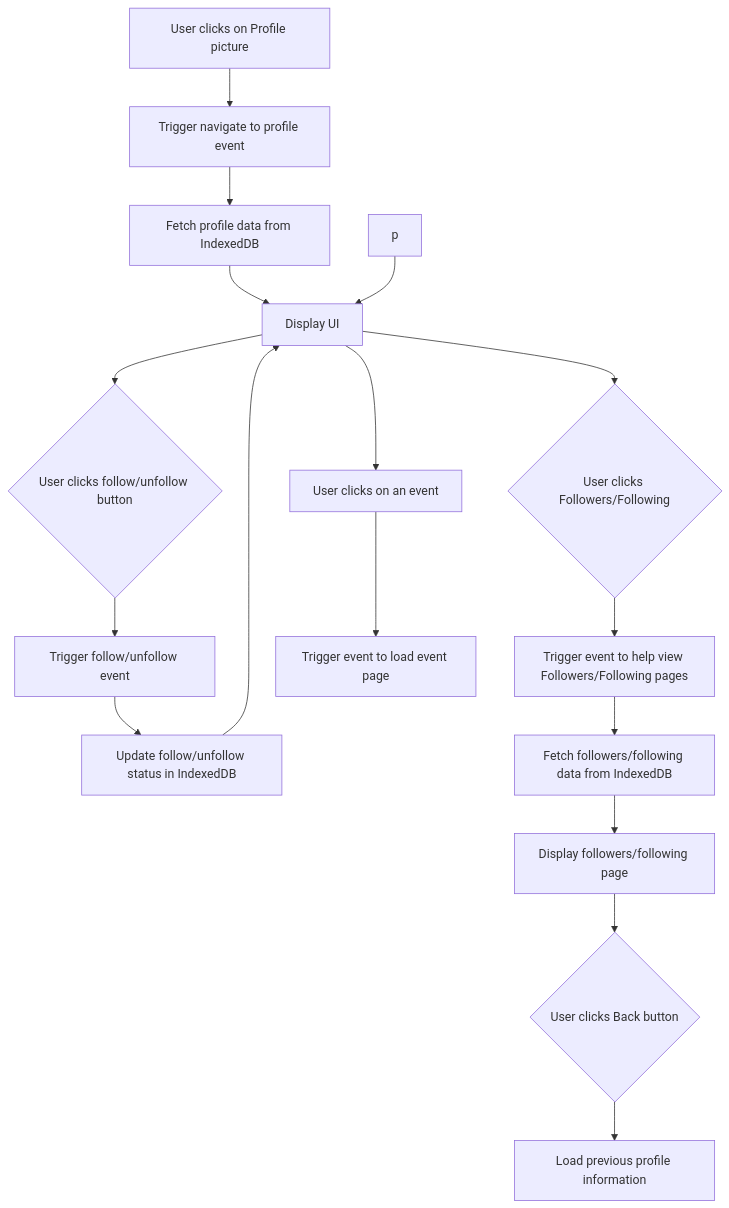
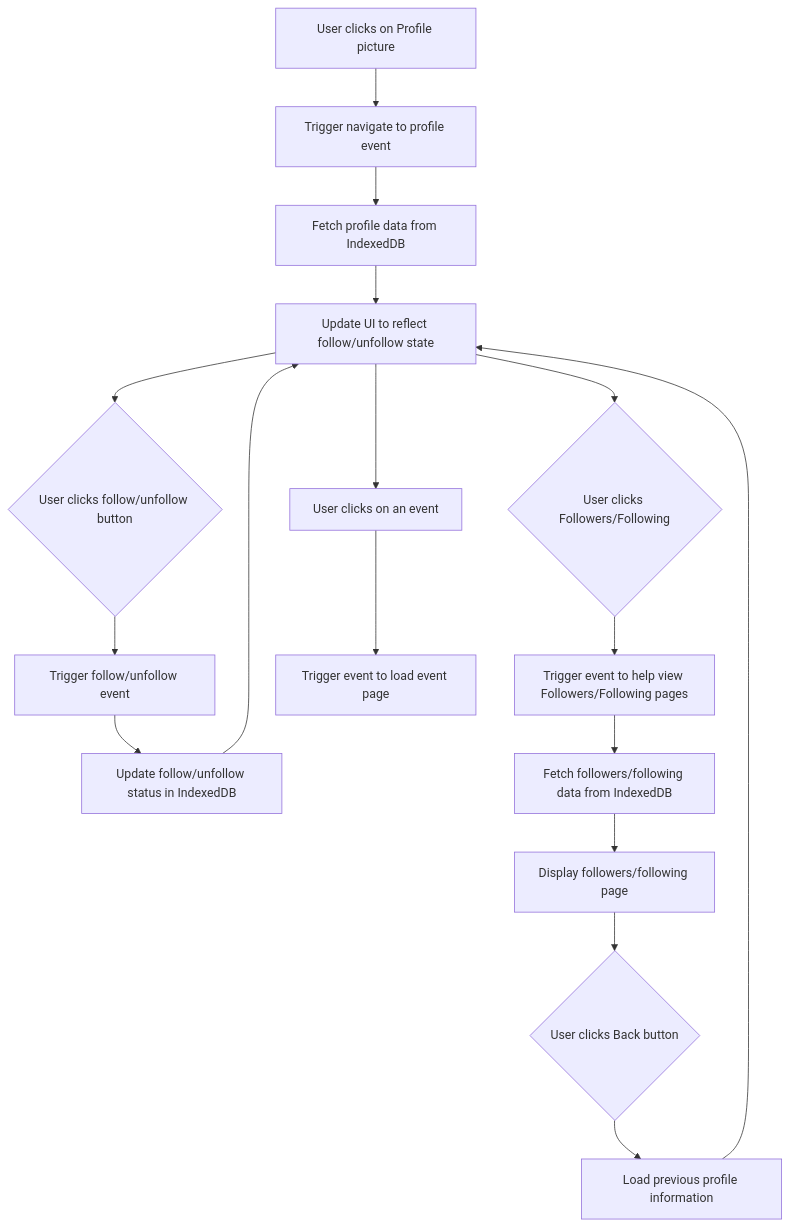
The diagram in team/m3/erika-lam-f/feature-sequence-diagram.md (sophiatangg/CS326Team26), drawn with Mermaid before and after one commit.

````diff
--- a/team/m3/erika-lam-f/feature-sequence-diagram.md
+++ b/team/m3/erika-lam-f/feature-sequence-diagram.md
@@ -3,22 +3,22 @@
 ```mermaid
 flowchart TD
     A[User clicks on Profile picture] --> B[Trigger navigate to profile event];
     B --> C[Fetch profile data from IndexedDB];
     C --> D[Update UI with profile information];
 
     D --> E{User clicks follow/unfollow button};
     E --> F[Trigger follow/unfollow event];
     F --> G[Update follow/unfollow status in IndexedDB];
     G --> D[Update UI to reflect follow/unfollow state];
 
     D --> I{User clicks Followers/Following};
     I --> J[Trigger event to help view Followers/Following pages];
     J --> K[Fetch followers/following data from IndexedDB];
     K --> L[Display followers/following page];
     L --> O{User clicks Back button};
     O --> P[Load previous profile information]
-    p --> D[Display UI]
+    P --> D
 
     D --> M[User clicks on an event];
     M --> N[Trigger event to load event page];
 ```
````
